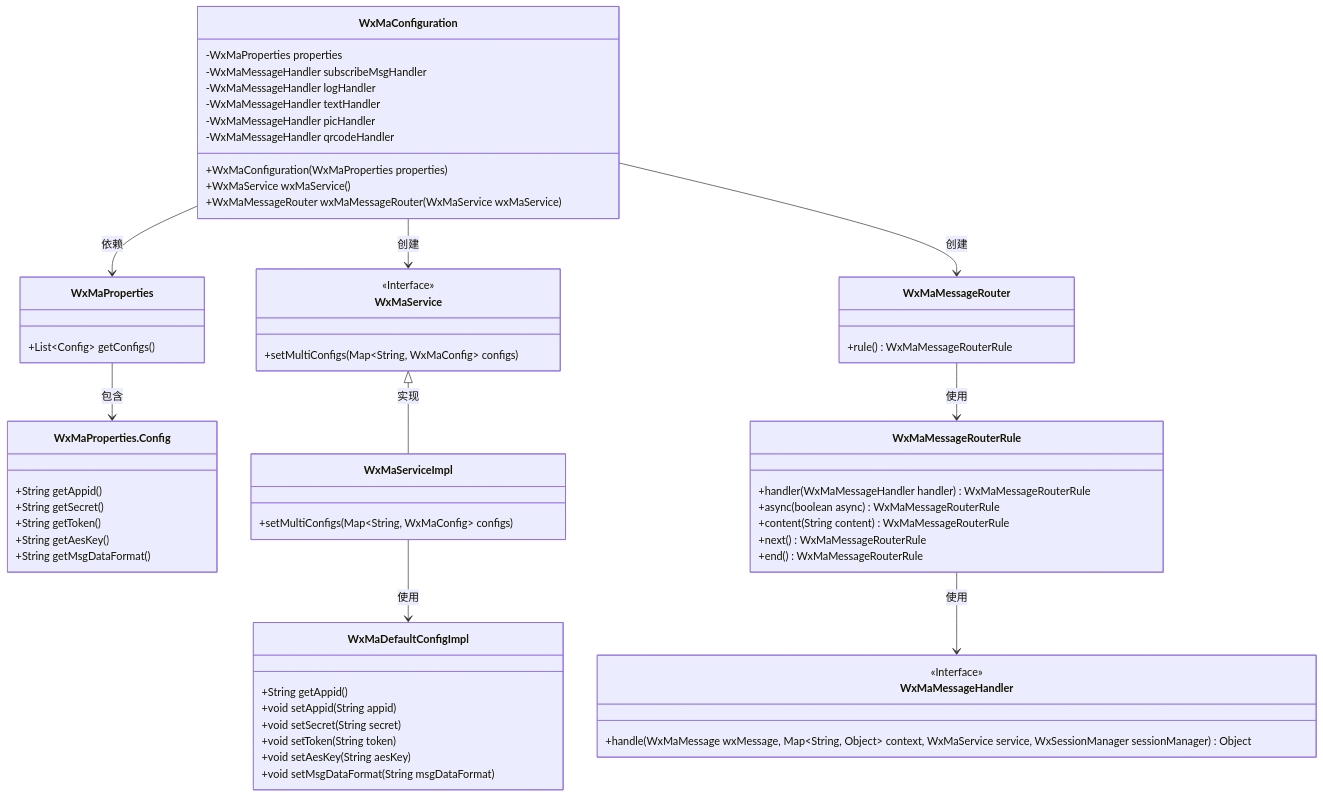
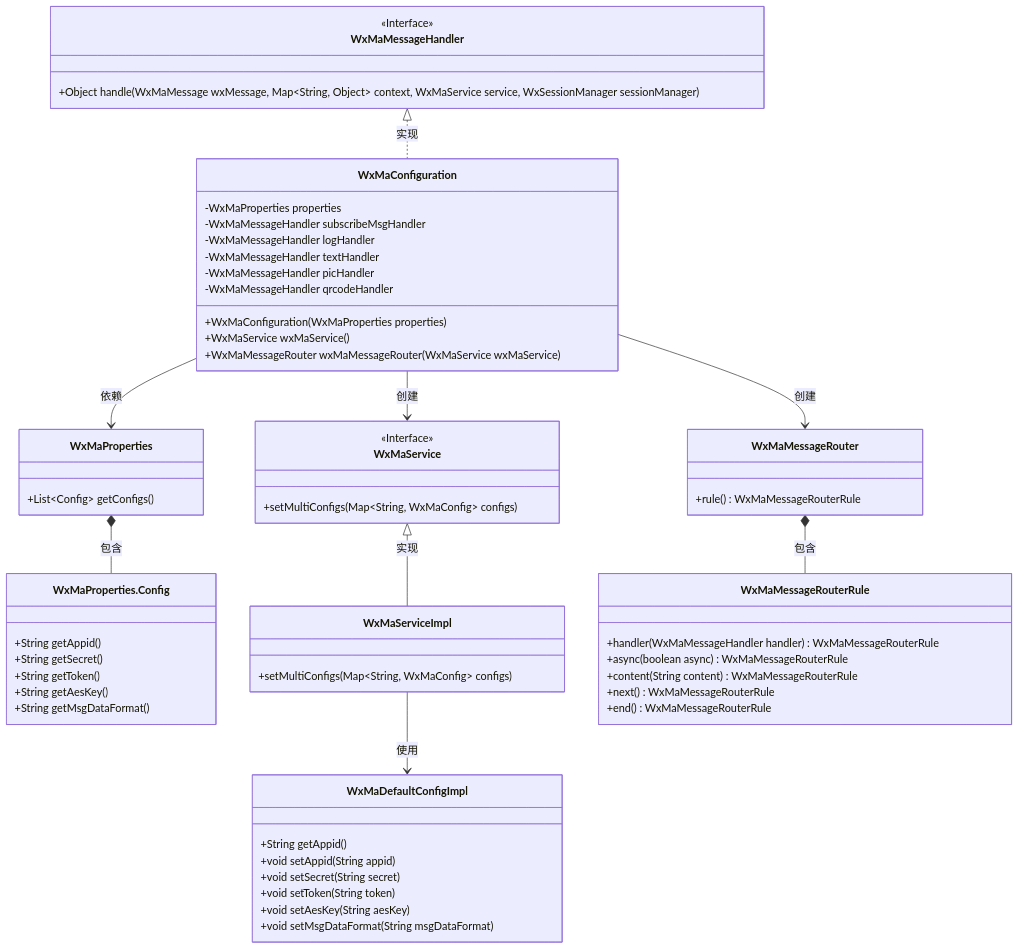
Before and after one commit to v-wjrong/rongwj666_weixin-java-miniapp-demo: the first of 3 diagrams in docs/zh/docs/src/main/java/com/github/binarywang/demo/wx/miniapp/config/WxMaConfiguration.md, drawn with Mermaid. The commit also changed other lines of this file and 47 other files, not shown here.

````diff
--- a/docs/zh/docs/src/main/java/com/github/binarywang/demo/wx/miniapp/config/WxMaConfiguration.md
+++ b/docs/zh/docs/src/main/java/com/github/binarywang/demo/wx/miniapp/config/WxMaConfiguration.md
@@ -36,70 +36,70 @@
 ```mermaid
 classDiagram
     class WxMaConfiguration {
         -WxMaProperties properties
         -WxMaMessageHandler subscribeMsgHandler
         -WxMaMessageHandler logHandler
         -WxMaMessageHandler textHandler
         -WxMaMessageHandler picHandler
         -WxMaMessageHandler qrcodeHandler
         +WxMaConfiguration(WxMaProperties properties)
         +WxMaService wxMaService()
         +WxMaMessageRouter wxMaMessageRouter(WxMaService wxMaService)
     }
 
     class WxMaProperties {
         +List~Config~ getConfigs()
     }
 
     class WxMaProperties.Config {
         +String getAppid()
         +String getSecret()
         +String getToken()
         +String getAesKey()
         +String getMsgDataFormat()
     }
 
     class WxMaService {
         <<Interface>>
         +setMultiConfigs(Map~String, WxMaConfig~ configs)
     }
 
     class WxMaServiceImpl {
         +setMultiConfigs(Map~String, WxMaConfig~ configs)
     }
 
     class WxMaDefaultConfigImpl {
         +String getAppid()
         +void setAppid(String appid)
         +void setSecret(String secret)
         +void setToken(String token)
         +void setAesKey(String aesKey)
         +void setMsgDataFormat(String msgDataFormat)
     }
 
     class WxMaMessageRouter {
         +rule() WxMaMessageRouterRule
     }
 
     class WxMaMessageRouterRule {
         +handler(WxMaMessageHandler handler) WxMaMessageRouterRule
         +async(boolean async) WxMaMessageRouterRule
         +content(String content) WxMaMessageRouterRule
         +next() WxMaMessageRouterRule
         +end() WxMaMessageRouterRule
     }
 
     class WxMaMessageHandler {
         <<Interface>>
-        +handle(WxMaMessage wxMessage, Map~String, Object~ context, WxMaService service, WxSessionManager sessionManager) Object
+        +Object handle(WxMaMessage wxMessage, Map~String, Object~ context, WxMaService service, WxSessionManager sessionManager)
     }
 
     WxMaConfiguration --> WxMaProperties : 依赖
     WxMaConfiguration --> WxMaService : 创建
     WxMaConfiguration --> WxMaMessageRouter : 创建
     WxMaService <|-- WxMaServiceImpl : 实现
-    WxMaProperties --> WxMaProperties.Config : 包含
+    WxMaProperties *-- WxMaProperties.Config : 包含
+    WxMaMessageRouter *-- WxMaMessageRouterRule : 包含
+    WxMaMessageHandler <|.. WxMaConfiguration : 实现
     WxMaServiceImpl --> WxMaDefaultConfigImpl : 使用
-    WxMaMessageRouter --> WxMaMessageRouterRule : 使用
-    WxMaMessageRouterRule --> WxMaMessageHandler : 使用
 ```
````
